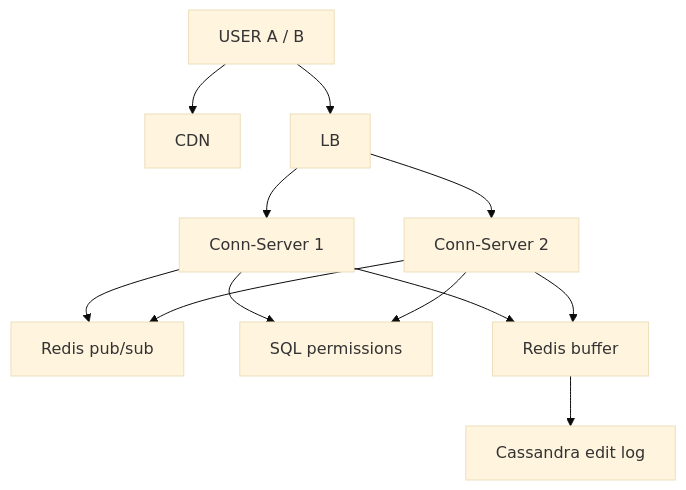
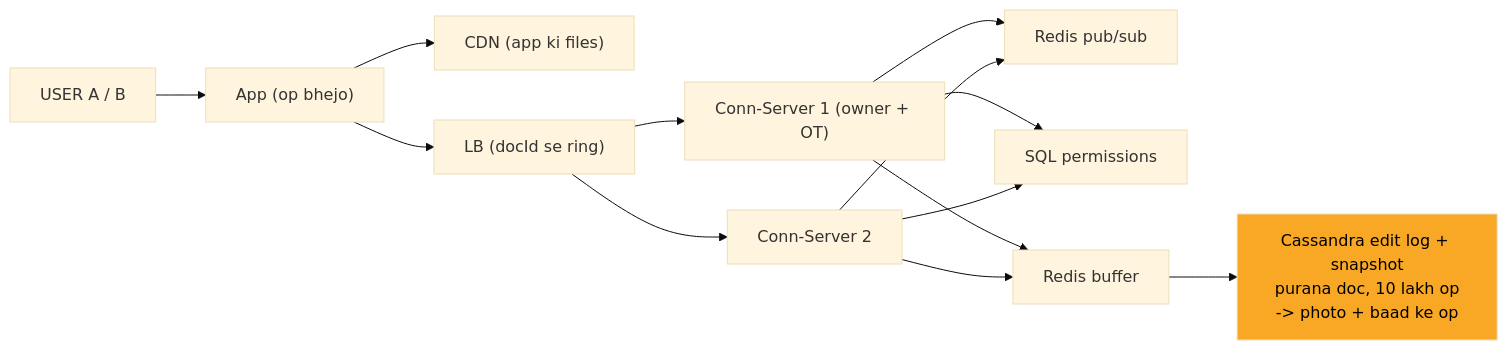
The ninth of 10 diagrams in 04_HLD/SYSTEM_DESIGNS/11_google_docs_collab/11_google_docs_collab.md (ArpanMaheshwari144/Prep), drawn with Mermaid (base theme) before and after one commit. The commit also changed other lines of this file and 2 other files, not shown here.

Commit message:
docs, kafka, banking: one-day story, short cards, follow-ups with rules, highlighted diagrams

````diff
--- a/04_HLD/SYSTEM_DESIGNS/11_google_docs_collab/11_google_docs_collab.md
+++ b/04_HLD/SYSTEM_DESIGNS/11_google_docs_collab/11_google_docs_collab.md
@@ -368,23 +316,26 @@
 ```mermaid
-flowchart TD
-    n_USER_A_B["USER A / B"]
-    n_CDN["CDN"]
-    n_LB["LB"]
-    n_Conn_Server_x_N_1["Conn-Server 1"]
-    n_Conn_Server_x_N_2["Conn-Server 2"]
-    n_Redis_pub_sub["Redis pub/sub"]
-    n_SQL_permissions["SQL permissions"]
-    n_Redis_buffer["Redis buffer"]
-    n_Cassandra_edit_log["Cassandra edit log"]
-    n_USER_A_B --> n_CDN
-    n_USER_A_B --> n_LB
-    n_LB --> n_Conn_Server_x_N_1
-    n_LB --> n_Conn_Server_x_N_2
-    n_Conn_Server_x_N_1 --> n_Redis_pub_sub
-    n_Conn_Server_x_N_2 --> n_Redis_pub_sub
-    n_Conn_Server_x_N_1 --> n_Redis_buffer
-    n_Conn_Server_x_N_2 --> n_Redis_buffer
-    n_Conn_Server_x_N_1 --> n_SQL_permissions
-    n_Conn_Server_x_N_2 --> n_SQL_permissions
-    n_Redis_buffer --> n_Cassandra_edit_log
+flowchart LR
+    n_USER["USER A / B"]
+    n_App["App (op bhejo)"]
+    n_CDN["CDN (app ki files)"]
+    n_LB["LB (docId se ring)"]
+    n_CS1["Conn-Server 1 (owner + OT)"]
+    n_CS2["Conn-Server 2"]
+    n_PS["Redis pub/sub"]
+    n_SQL["SQL permissions"]
+    n_BUF["Redis buffer"]
+    n_CAS["Cassandra edit log + snapshot<br/>purana doc, 10 lakh op<br/>-> photo + baad ke op"]
+    n_USER --> n_App
+    n_App --> n_CDN
+    n_App --> n_LB
+    n_LB --> n_CS1
+    n_LB --> n_CS2
+    n_CS1 --> n_PS
+    n_CS2 --> n_PS
+    n_CS1 --> n_BUF
+    n_CS2 --> n_BUF
+    n_CS1 --> n_SQL
+    n_CS2 --> n_SQL
+    n_BUF --> n_CAS
+    style n_CAS fill:#f9a825,color:#000
 ```
````
